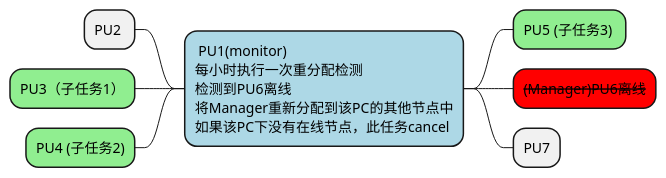
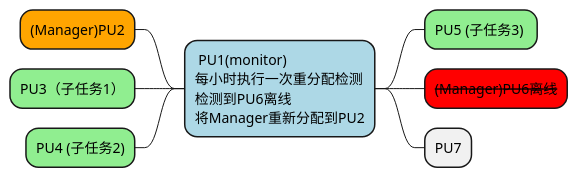
Diagram 22 of 31 in 东方国信工作资料/compaction/compaction重构介绍ppt思维导图.md (HarpsealCC/note), drawn with PlantUML before and after one commit. The commit also changed other lines of this file, not shown here.

Commit message:
添加任务升级的一些图例

````diff
--- a/东方国信工作资料/compaction/compaction重构介绍ppt思维导图.md
+++ b/东方国信工作资料/compaction/compaction重构介绍ppt思维导图.md
@@ -332,15 +349,14 @@
 ```plantuml
 @startmindmap
 *[#lightblue]: PU1(monitor)
 每小时执行一次重分配检测
 检测到PU6离线
-将Manager重新分配到该PC的其他节点中
-如果该PC下没有在线节点，此任务cancel;
--- PU2 
+将Manager重新分配到PU2;
+--[#orange] (Manager)PU2
 --[#lightgreen]  PU3（子任务1）
 --[#lightgreen]  PU4 (子任务2)
 ++[#lightgreen]  PU5 (子任务3) 
 ++[#red] <s>(Manager)PU6离线</s>
 ++ PU7
 @endmindmap
 ```
````
